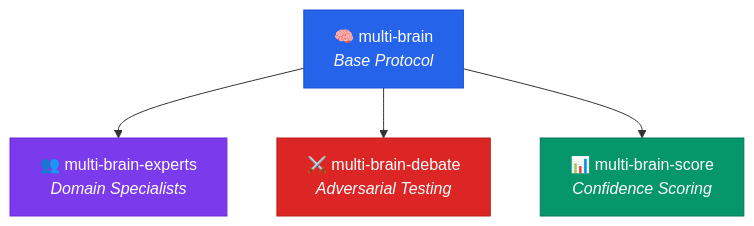
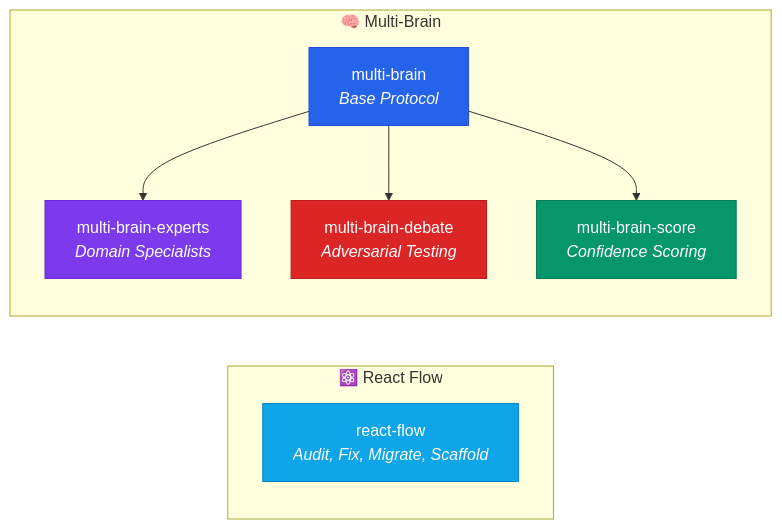
Before and after one commit to fatih-developer/fth-skills: the diagram in README.md, drawn with Mermaid. The commit also changed other lines of this file, not shown here.

````diff
--- a/README.md
+++ b/README.md
@@ -37,11 +54,19 @@
 ```mermaid
-graph TD
-    A["🧠 multi-brain<br/><i>Base Protocol</i>"] --> B["👥 multi-brain-experts<br/><i>Domain Specialists</i>"]
-    A --> C["⚔️ multi-brain-debate<br/><i>Adversarial Testing</i>"]
-    A --> D["📊 multi-brain-score<br/><i>Confidence Scoring</i>"]
+graph LR
+    subgraph "⚛️ React Flow"
+        RF["react-flow<br/><i>Audit, Fix, Migrate, Scaffold</i>"]
+    end
 
-    style A fill:#2563eb,stroke:#1d4ed8,color:#fff
-    style B fill:#7c3aed,stroke:#6d28d9,color:#fff
-    style C fill:#dc2626,stroke:#b91c1c,color:#fff
-    style D fill:#059669,stroke:#047857,color:#fff
+    subgraph "🧠 Multi-Brain"
+        MB["multi-brain<br/><i>Base Protocol</i>"]
+        MB --> MBE["multi-brain-experts<br/><i>Domain Specialists</i>"]
+        MB --> MBD["multi-brain-debate<br/><i>Adversarial Testing</i>"]
+        MB --> MBS["multi-brain-score<br/><i>Confidence Scoring</i>"]
+    end
+
+    style RF fill:#0ea5e9,stroke:#0284c7,color:#fff
+    style MB fill:#2563eb,stroke:#1d4ed8,color:#fff
+    style MBE fill:#7c3aed,stroke:#6d28d9,color:#fff
+    style MBD fill:#dc2626,stroke:#b91c1c,color:#fff
+    style MBS fill:#059669,stroke:#047857,color:#fff
 ```
````
